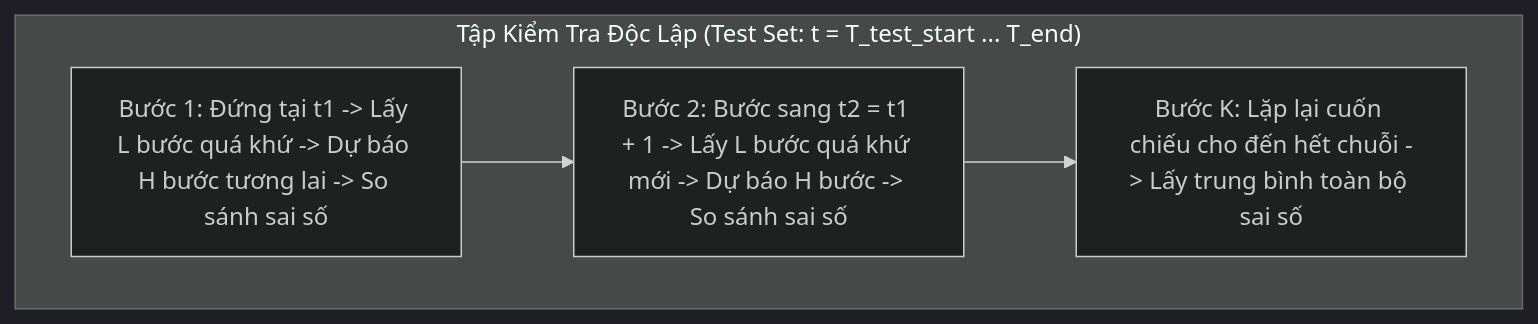
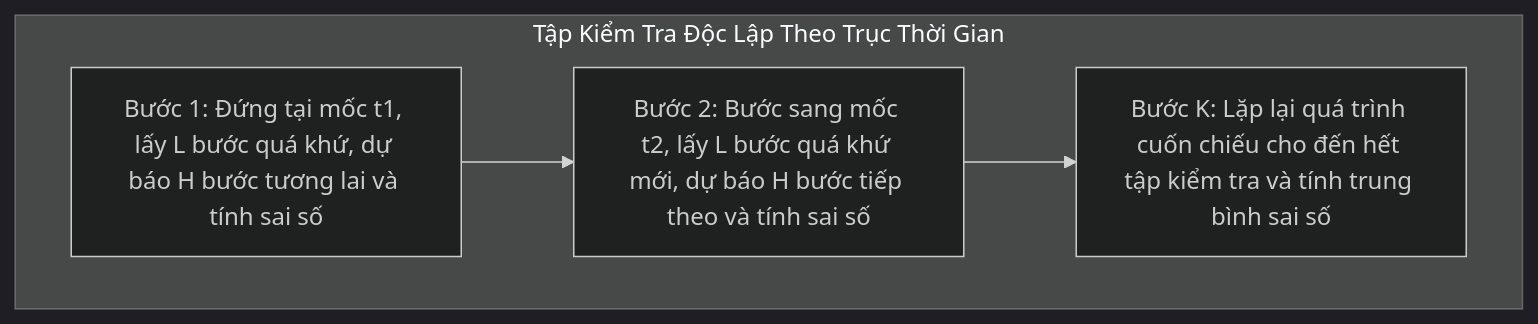
One commit to snowflake-vibing/Project-Experimental-TiDE changed the third of 3 diagrams in doc/03_problem_setting.md. Above: the diagram before and after it, drawn with Mermaid (dark theme). The commit also changed other lines of this file, not shown here.

Commit message:
fix(docs): format Mermaid diagrams and LaTeX display blocks in doc/03_problem_setting.md

````diff
--- a/doc/03_problem_setting.md
+++ b/doc/03_problem_setting.md
@@ -181,9 +191,10 @@
 ```mermaid
 flowchart TD
-    subgraph TestSet ["Tập Kiểm Tra Độc Lập (Test Set: t = T_test_start ... T_end)"]
-        Step1["Bước 1: Đứng tại t1 -> Lấy L bước quá khứ -> Dự báo H bước tương lai -> So sánh sai số"]
-        Step2["Bước 2: Bước sang t2 = t1 + 1 -> Lấy L bước quá khứ mới -> Dự báo H bước -> So sánh sai số"]
-        StepN["Bước K: Lặp lại cuốn chiếu cho đến hết chuỗi -> Lấy trung bình toàn bộ sai số"]
-        Step1 --> Step2 --> StepN
+    subgraph TestSet ["Tập Kiểm Tra Độc Lập Theo Trục Thời Gian"]
+        Step1["Bước 1: Đứng tại mốc t1, lấy L bước quá khứ, dự báo H bước tương lai và tính sai số"]
+        Step2["Bước 2: Bước sang mốc t2, lấy L bước quá khứ mới, dự báo H bước tiếp theo và tính sai số"]
+        StepN["Bước K: Lặp lại quá trình cuốn chiếu cho đến hết tập kiểm tra và tính trung bình sai số"]
+        Step1 --> Step2
+        Step2 --> StepN
     end
 ```
````
